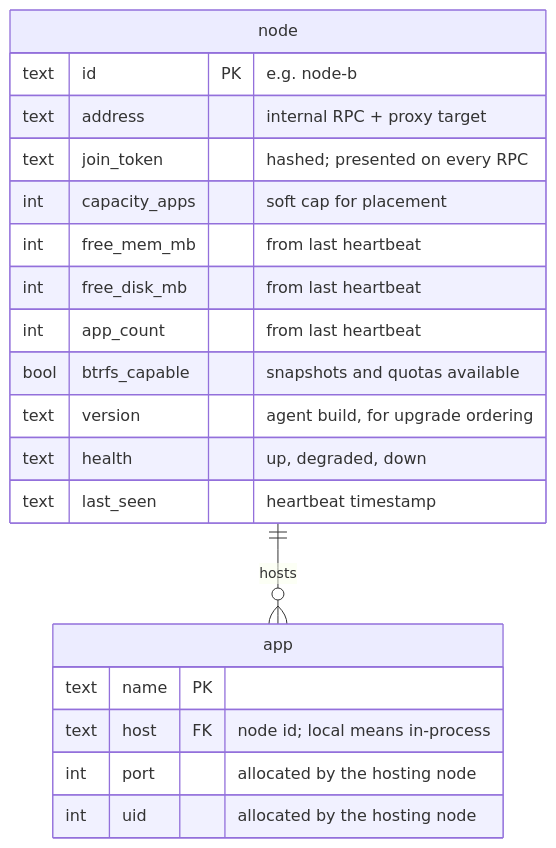
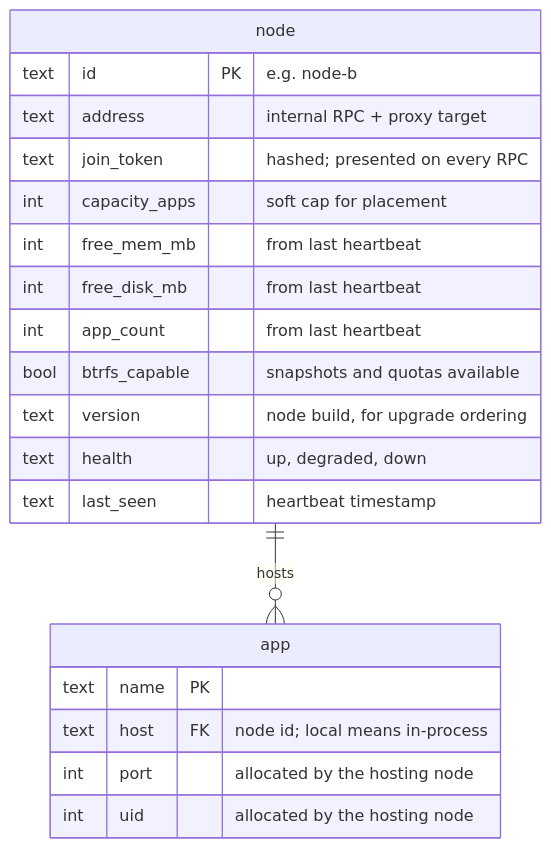
One commit to binwiederhier/hostit changed the second of 7 diagrams in docs/slides/presentations/multinode.md. Above: the diagram before and after it, drawn with Mermaid. The commit also changed other lines of this file, not shown here.

````diff
--- a/docs/slides/presentations/multinode.md
+++ b/docs/slides/presentations/multinode.md
@@ -201,23 +201,23 @@
 ```mermaid {scale: 0.34}
 erDiagram
     node ||--o{ app : hosts
     node {
         text id PK "e.g. node-b"
         text address "internal RPC + proxy target"
         text join_token "hashed; presented on every RPC"
         int  capacity_apps "soft cap for placement"
         int  free_mem_mb "from last heartbeat"
         int  free_disk_mb "from last heartbeat"
         int  app_count "from last heartbeat"
         bool btrfs_capable "snapshots and quotas available"
-        text version "agent build, for upgrade ordering"
+        text version "node build, for upgrade ordering"
         text health "up, degraded, down"
         text last_seen "heartbeat timestamp"
     }
     app {
         text name PK
         text host FK "node id; local means in-process"
         int  port "allocated by the hosting node"
         int  uid "allocated by the hosting node"
     }
 ```
````
